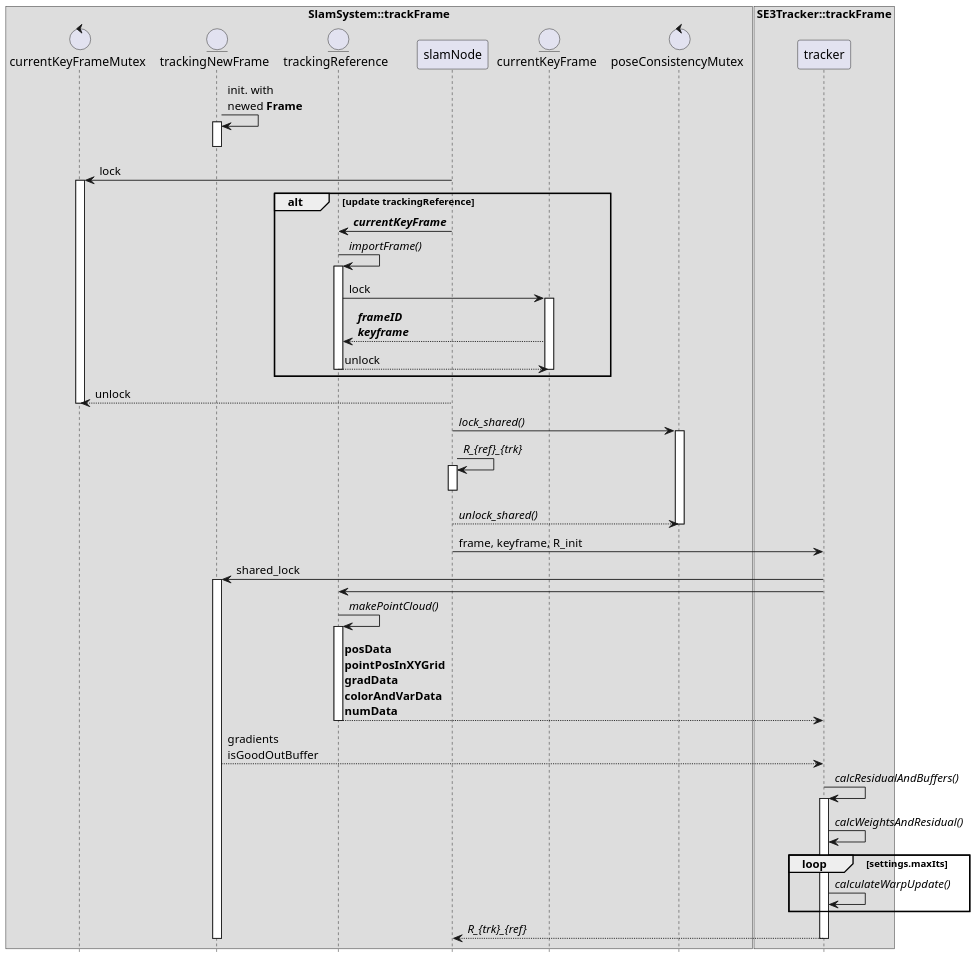
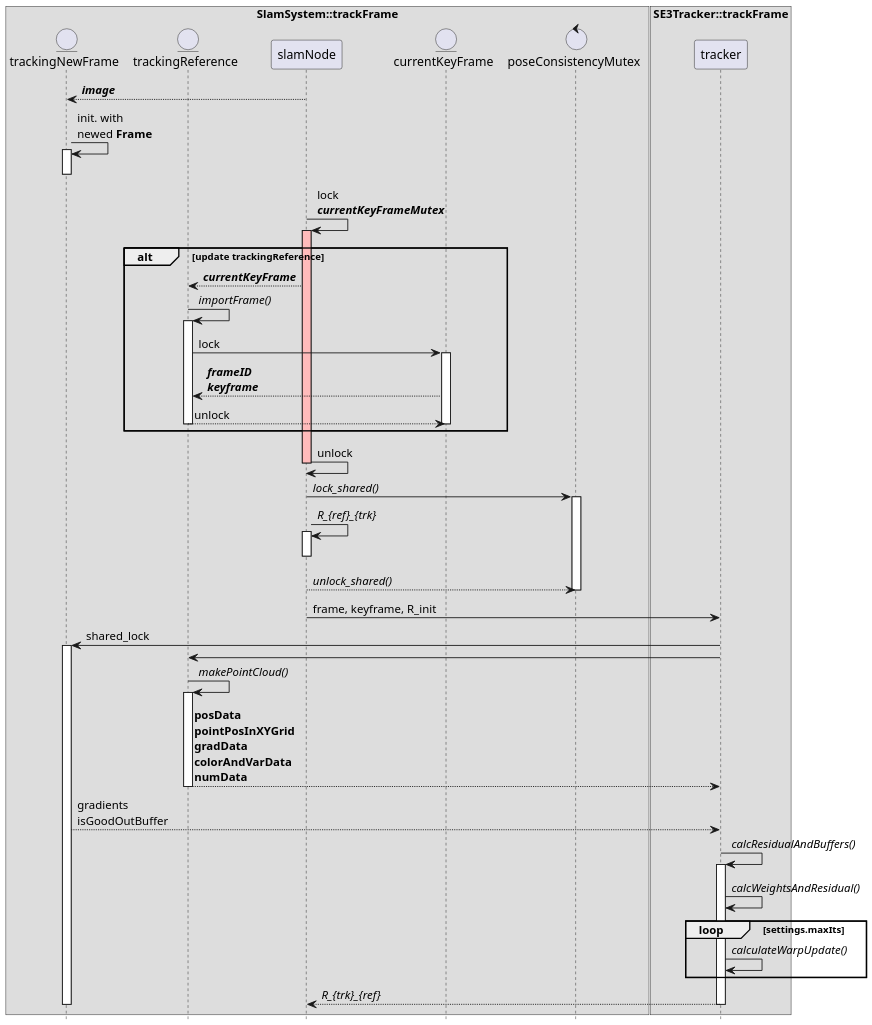
The diagram in lsd_slam_core/diagram/track_frame.puml (ziyangli/lsd_slam), drawn with PlantUML before and after one commit. The commit also changed 8 other files, not shown here.

```diff
--- a/lsd_slam_core/diagram/track_frame.puml
+++ b/lsd_slam_core/diagram/track_frame.puml
@@ -1,85 +1,85 @@
 @startuml
 skinparam dpi 150
 hide footbox
 
-control currentKeyFrameMutex
 control poseConsistencyMutex
 entity trackingNewFrame
 entity trackingReference
 entity currentKeyFrame
 box "SlamSystem::trackFrame"
-participant currentKeyFrameMutex
 participant trackingNewFrame
 participant trackingReference
 participant slamNode
 participant currentKeyFrame
 participant poseConsistencyMutex
 end box
 
 box "SE3Tracker::trackFrame"
 participant tracker
 end box
 
+slamNode --> trackingNewFrame : //**image**//
+
 trackingNewFrame -> trackingNewFrame: init. with\nnewed **Frame**
 activate trackingNewFrame
 deactivate trackingNewFrame
 
-slamNode -> currentKeyFrameMutex : lock
-activate currentKeyFrameMutex
+slamNode -> slamNode : lock\n//**currentKeyFrameMutex**//
+activate slamNode #FFBBBB
 
 alt update trackingReference
-slamNode -> trackingReference : //**currentKeyFrame**//
+slamNode --> trackingReference : //**currentKeyFrame**//
 trackingReference -> trackingReference : //importFrame()//
 activate trackingReference
 
 trackingReference -> currentKeyFrame : lock
 activate currentKeyFrame
 currentKeyFrame --> trackingReference : //**frameID**//\n//**keyframe**//
 trackingReference --> currentKeyFrame : unlock
 deactivate currentKeyFrame
 
 deactivate trackingReference
 
 end
 
-slamNode --> currentKeyFrameMutex : unlock
-deactivate currentKeyFrameMutex
+slamNode -> slamNode : unlock
+deactivate slamNode
 
 slamNode -> poseConsistencyMutex : //lock_shared()//
 activate poseConsistencyMutex
 
 slamNode -> slamNode : //R_{ref}_{trk}//
 activate slamNode
 deactivate slamNode
 
 slamNode --> poseConsistencyMutex : //unlock_shared()//
 
 deactivate poseConsistencyMutex
 
 slamNode -> tracker : frame, keyframe, R_init
 tracker -> trackingNewFrame : shared_lock
 activate trackingNewFrame
 
 tracker -> trackingReference
 trackingReference -> trackingReference : //makePointCloud()//
 activate trackingReference
 trackingReference --> tracker: **posData**\n**pointPosInXYGrid**\n**gradData**\n**colorAndVarData**\n**numData**
 deactivate trackingReference
 
 trackingNewFrame --> tracker : gradients\nisGoodOutBuffer
 
 tracker -> tracker : //calcResidualAndBuffers()//
 activate tracker
 tracker -> tracker : //calcWeightsAndResidual()//
 
 loop settings.maxIts
 tracker -> tracker : //calculateWarpUpdate()//
 end
 
 tracker --> slamNode : //R_{trk}_{ref}//
 deactivate tracker
 
 
 deactivate trackingNewFrame
 
 @enduml
```
